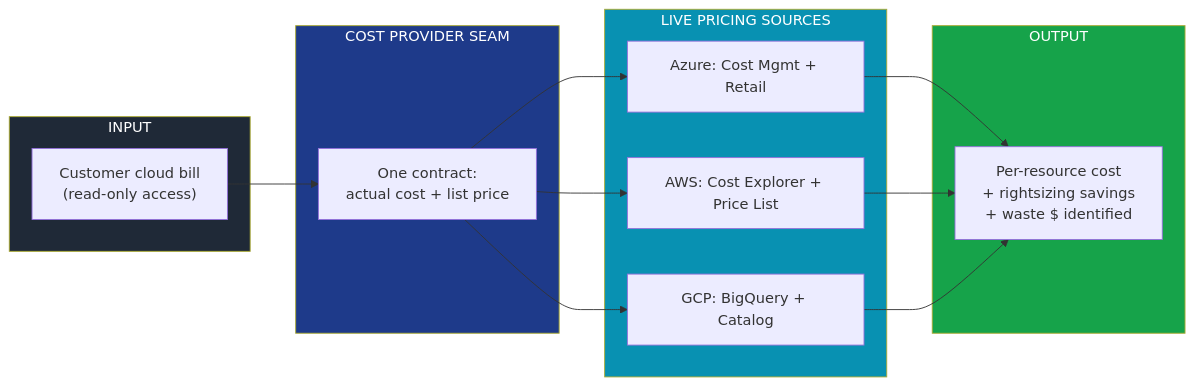
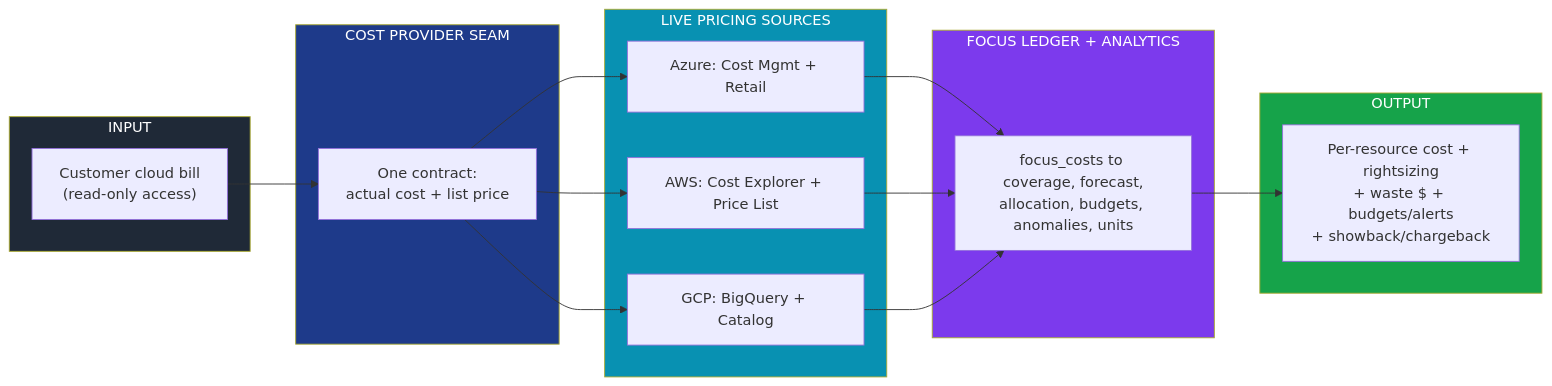
Diagram 15 of 15 in docs/finops-cost-flow.md (sandyshd/CloudGuardIQ), drawn with Mermaid before and after one commit. The commit also changed other lines of this file and 2 other files, not shown here.

Commit message:
docs: align FinOps docs with all 5 phases (FOCUS ledger, recommenders, coverage, forecasting, allocation, budgets, anomalies, unit economics)

````diff
--- a/docs/finops-cost-flow.md
+++ b/docs/finops-cost-flow.md
@@ -328,24 +585,28 @@
 ```mermaid
 flowchart LR
     subgraph IN["INPUT"]
         A["Customer cloud bill<br/>(read-only access)"]
     end
     subgraph SEAM["COST PROVIDER SEAM"]
         B["One contract:<br/>actual cost + list price"]
     end
     subgraph CLOUDS["LIVE PRICING SOURCES"]
         C["Azure: Cost Mgmt + Retail"]
         D["AWS: Cost Explorer + Price List"]
         E["GCP: BigQuery + Catalog"]
     end
+    subgraph LEDGER["FOCUS LEDGER + ANALYTICS"]
+        L["focus_costs to coverage, forecast,<br/>allocation, budgets, anomalies, units"]
+    end
     subgraph OUT["OUTPUT"]
-        F["Per-resource cost<br/>+ rightsizing savings<br/>+ waste $ identified"]
+        F["Per-resource cost + rightsizing<br/>+ waste $ + budgets/alerts<br/>+ showback/chargeback"]
     end
 
-    A --> B --> C & D & E --> F
+    A --> B --> C & D & E --> L --> F
 
     style IN fill:#1f2937,color:#fff
     style SEAM fill:#1e3a8a,color:#fff
     style CLOUDS fill:#0891b2,color:#fff
+    style LEDGER fill:#7c3aed,color:#fff
     style OUT fill:#16a34a,color:#fff
 ```
````
